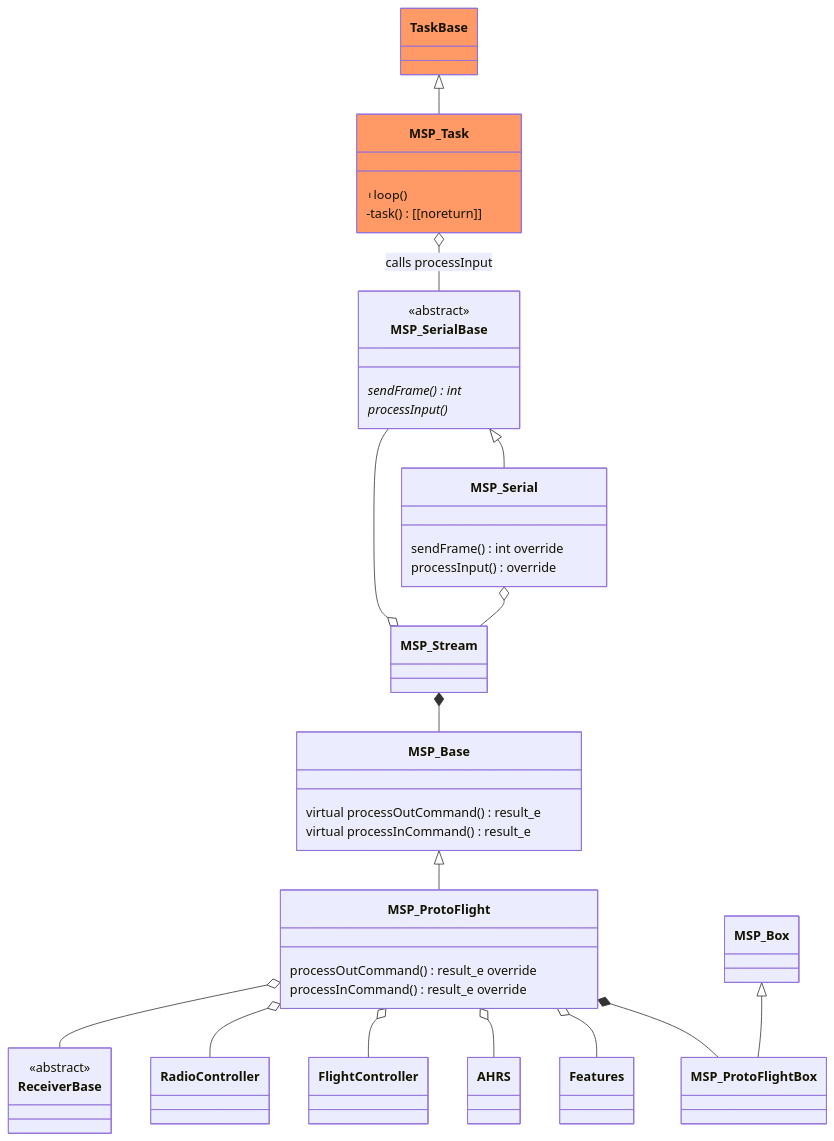
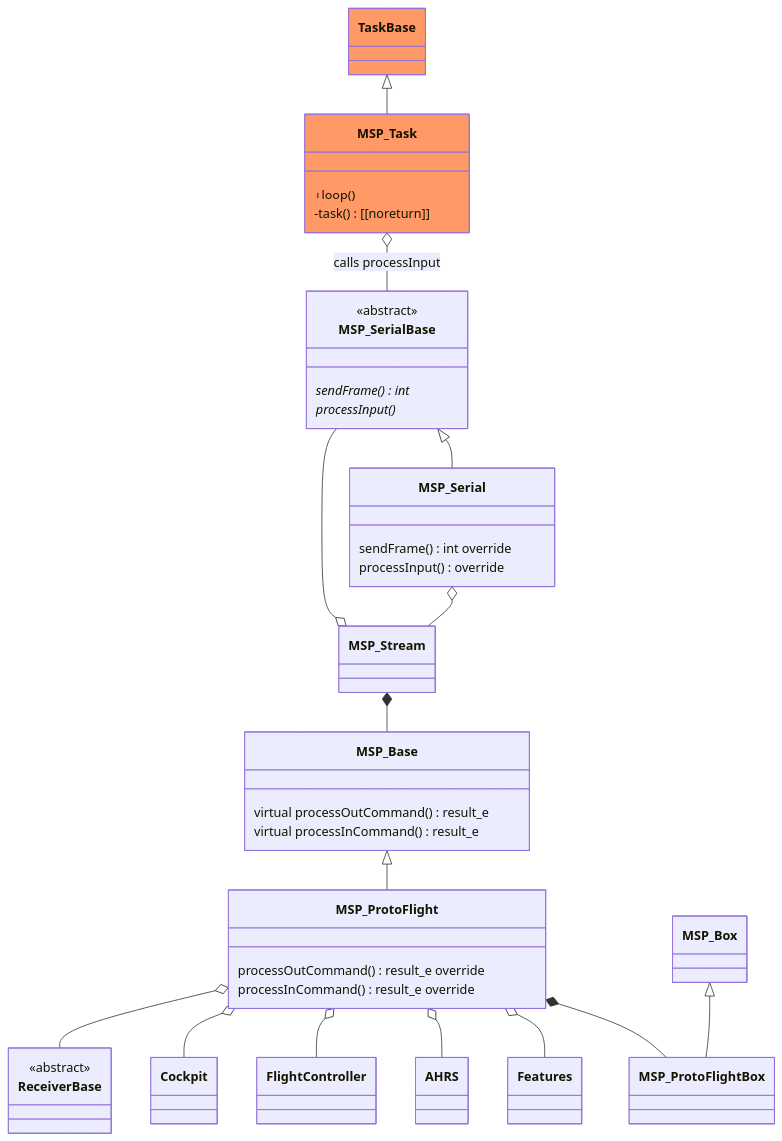
Before and after one commit to martinbudden/Protoflight: the fourth of 5 diagrams in README.md, drawn with Mermaid. The commit also changed other lines of this file and 26 other files, not shown here.

Commit message:
Renamed RadioController to Cockpit. Updated readme.

````diff
--- a/README.md
+++ b/README.md
@@ -756,65 +769,65 @@
 ```mermaid
 classDiagram
     class MSP_SerialBase {
         <<abstract>>
         sendFrame() int *
         processInput() *
     }
     link MSP_SerialBase "https://github.com/martinbudden/Library-MultiWiiSerialProtocol/blob/main/src/MSP_SerialBase.h"
     class MSP_Base {
         virtual processOutCommand() result_e
         virtual processInCommand() result_e
     }
     link MSP_Base "https://github.com/martinbudden/Library-MultiWiiSerialProtocol/blob/main/src/MSP_Base.h"
     class MSP_Stream {
     }
     link MSP_Stream "https://github.com/martinbudden/Library-MultiWiiSerialProtocol/blob/main/src/MSP_Stream.h"
     MSP_Stream *-- MSP_Base
     MSP_Stream o-- MSP_SerialBase
 
     MSP_SerialBase <|-- MSP_Serial
     class MSP_Serial {
         sendFrame() int override
         processInput() override
     }
     link MSP_Serial "https://github.com/martinbudden/protoflight/blob/main/lib/MSP/src/MSP_Serial.h"
     MSP_Serial o-- MSP_Stream
 
     MSP_Base <|-- MSP_ProtoFlight
     class MSP_ProtoFlight {
         processOutCommand() result_e override
         processInCommand() result_e override
     }
     link MSP_ProtoFlight "https://github.com/martinbudden/protoflight/blob/main/lib/MSP/src/MSP_ProtoFlight.h"
     class MSP_ProtoFlightBox {
     }
     link MSP_ProtoFlightBox "https://github.com/martinbudden/protoflight/blob/main/lib/MSP/src/MSP_ProtoFlightBox.h"
     MSP_ProtoFlight *-- MSP_ProtoFlightBox
     MSP_ProtoFlight o-- Features
     MSP_ProtoFlight o-- AHRS
     MSP_ProtoFlight o-- FlightController
-    MSP_ProtoFlight o-- RadioController
+    MSP_ProtoFlight o-- Cockpit
     class ReceiverBase {
         <<abstract>>
     }
     link ReceiverBase "https://github.com/martinbudden/Library-Receiver/blob/main/src/ReceiverBase.h"
     MSP_ProtoFlight o-- ReceiverBase
 
     class MSP_Box {
     }
     link MSP_Box "https://github.com/martinbudden/Library-MultiWiiSerialProtocol/blob/main/src/MSP_Box.h"
     MSP_Box <|-- MSP_ProtoFlightBox
 
     class TaskBase:::taskClass {
     }
     link TaskBase "https://github.com/martinbudden/Library-TaskBase/blob/main/src/TaskBase.h"
     TaskBase <|-- MSP_Task
     class MSP_Task:::taskClass {
         +loop()
         -task() [[noreturn]]
     }
     link MSP_Task "https://github.com/martinbudden/Library-MultiWiiSerialProtocol/blob/main/src/MSP_Task.h"
     MSP_Task o-- MSP_SerialBase : calls processInput
 
     classDef taskClass fill:#f96
 ```
````
